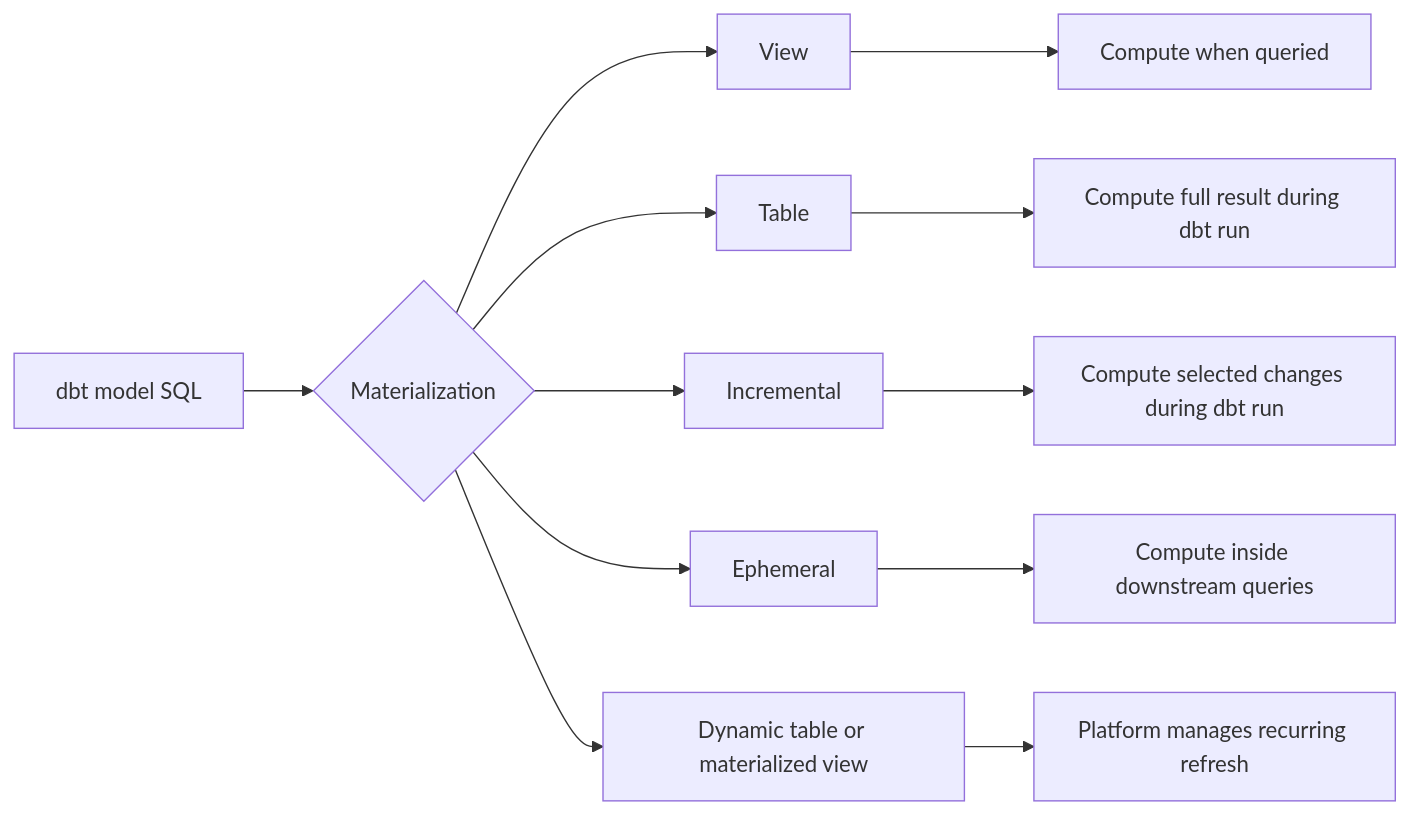
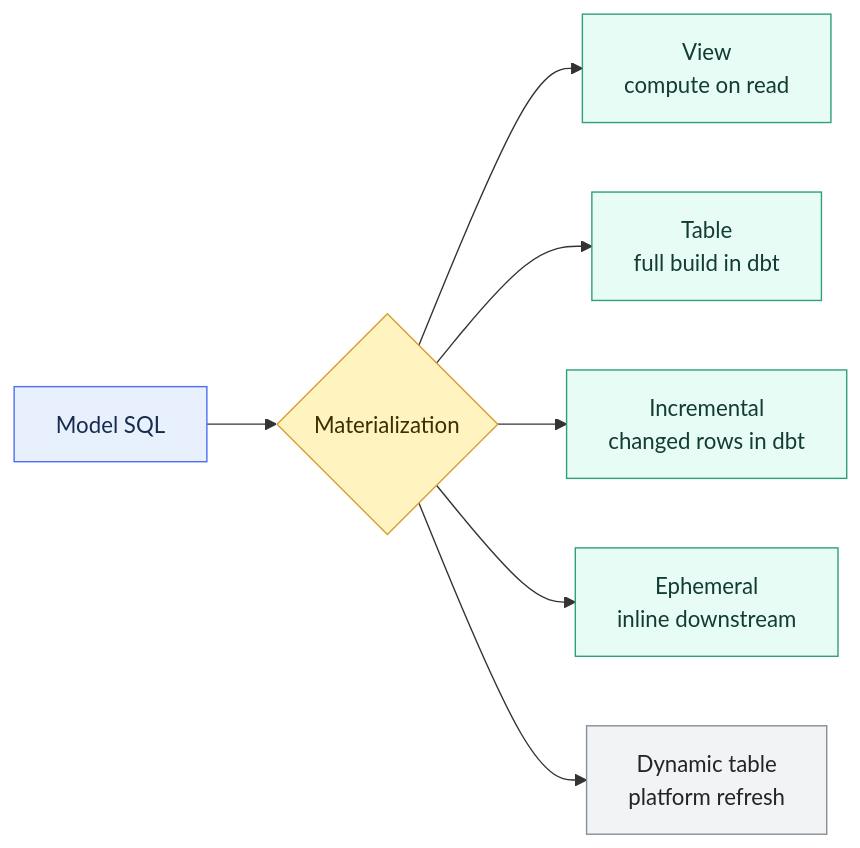
One commit to shonningsoy/Upskill changed the first of 2 diagrams in 02 dbt/04 Incremental Processing and Performance/30 Materializations.md. Above: the diagram before and after it, drawn with Mermaid. The commit also changed other lines of this file and 31 other files, not shown here.

````diff
--- a/02 dbt/04 Incremental Processing and Performance/30 Materializations.md
+++ b/02 dbt/04 Incremental Processing and Performance/30 Materializations.md
@@ -77,15 +78,19 @@
 ```mermaid
 flowchart LR
-    A[dbt model SQL] --> B{Materialization}
-    B --> C[View]
-    B --> D[Table]
-    B --> E[Incremental]
-    B --> F[Ephemeral]
-    B --> G[Dynamic table or materialized view]
+    A[Model SQL] --> B{Materialization}
+    B --> C[View<br/>compute on read]
+    B --> D[Table<br/>full build in dbt]
+    B --> E[Incremental<br/>changed rows in dbt]
+    B --> F[Ephemeral<br/>inline downstream]
+    B --> G[Dynamic table<br/>platform refresh]
 
-    C --> C1[Compute when queried]
-    D --> D1[Compute full result during dbt run]
-    E --> E1[Compute selected changes during dbt run]
-    F --> F1[Compute inside downstream queries]
-    G --> G1[Platform manages recurring refresh]
+    classDef input fill:#E8F0FE,stroke:#4C6EF5,color:#172B4D
+    classDef control fill:#FFF3BF,stroke:#D69E2E,color:#3D2E00
+    classDef dbt fill:#E6FCF5,stroke:#2F9E7B,color:#123C34
+    classDef platform fill:#F1F3F5,stroke:#868E96,color:#212529
+    classDef output fill:#F3E8FF,stroke:#805AD5,color:#2D1B4E
+    class A input
+    class B control
+    class C,D,E,F dbt
+    class G platform
 ```
````
